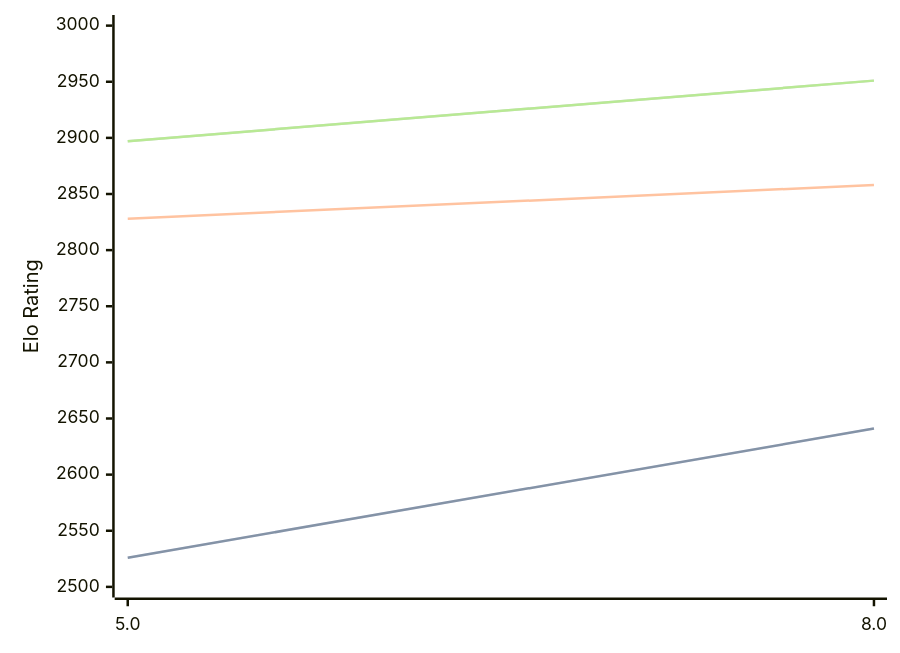
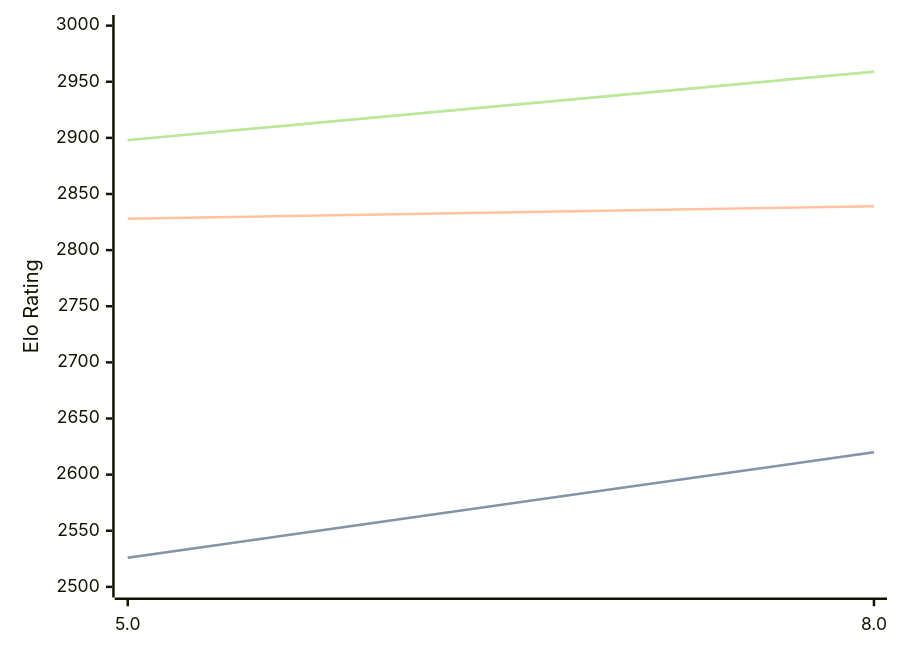
One commit to computer-chess-index/cci changed the diagram in engines/4kc.md. Above: the diagram before and after it, drawn with Mermaid. The commit also changed other lines of this file, not shown here.

Commit message:
Update CCI Ratings (ELO VLTC) - 2026-03-13

````diff
--- a/engines/4kc.md
+++ b/engines/4kc.md
@@ -39,11 +39,11 @@
 ```mermaid
 %%{init: {"theme":"base","themeVariables":{"seriesColors:['#a3a3a3','#222221','#faa371']}}}%%
 xychart-beta
   x-axis ["5.0", "8.0"]
   y-axis "Elo Rating" 2500 --> 3000
-  line "STC (8.0+0.08s)" [2526, 2641]
-  line "STC (8.0+0.08s)" [2526, 2641]
-  line "LTC (60.0+0.60s)" [2828, 2858]
-  line "VLTC (2m24s+1.12s)" [2897, 2951]
-  line "VLTC (2m24s+1.12s)" [2897, 2951]
+  line "STC (8.0+0.08s)" [2526, 2620]
+  line "STC (8.0+0.08s)" [2526, 2620]
+  line "LTC (60.0+0.60s)" [2828, 2839]
+  line "VLTC (2m24s+1.12s)" [2898, 2959]
+  line "VLTC (2m24s+1.12s)" [2898, 2959]
 ```
````
